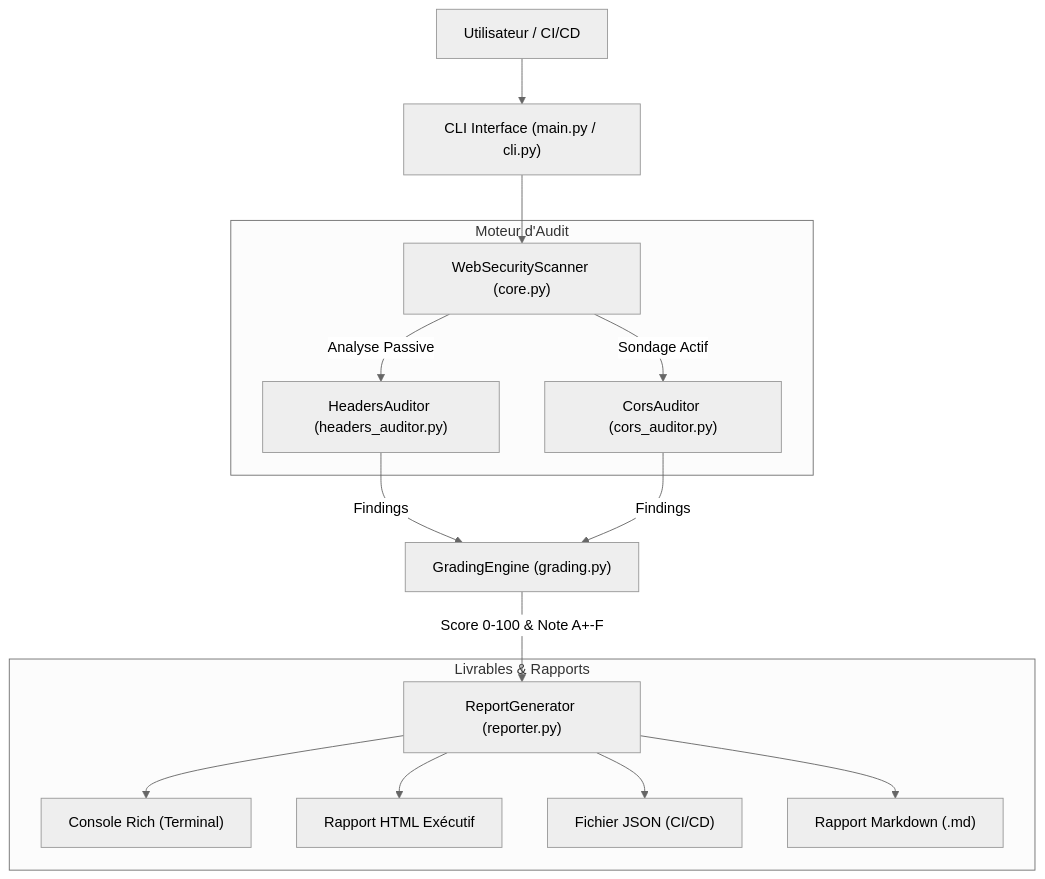
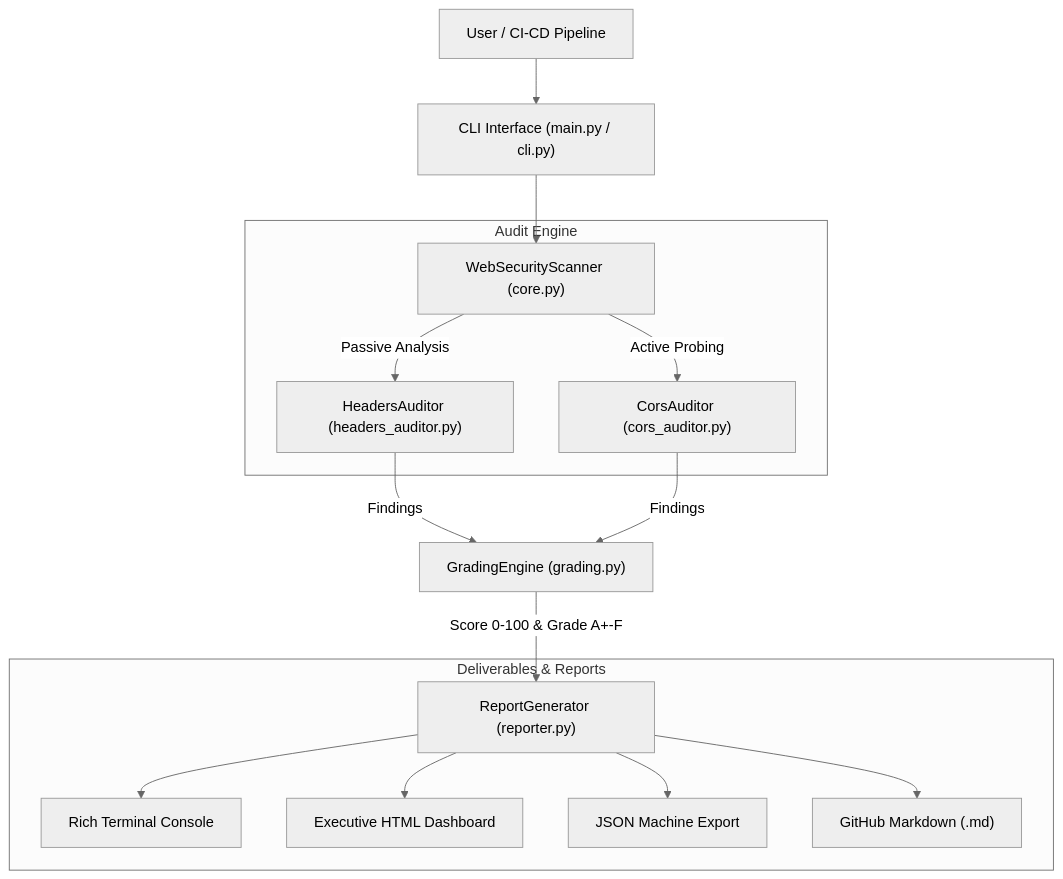
Before and after one commit to konebienvenu/Automated-Web-Scanner: the diagram in README.md, drawn with Mermaid (neutral theme). The commit also changed other lines of this file and 1 other file, not shown here.

````diff
--- a/README.md
+++ b/README.md
@@ -64,22 +64,22 @@
 ```mermaid
 flowchart TD
-    User["Utilisateur / CI/CD"] --> CLI["CLI Interface (main.py / cli.py)"]
+    User["User / CI-CD Pipeline"] --> CLI["CLI Interface (main.py / cli.py)"]
     CLI --> Core["WebSecurityScanner (core.py)"]
     
-    subgraph AuditEngine ["Moteur d'Audit"]
-        Core -->|Analyse Passive| HeadersAuditor["HeadersAuditor (headers_auditor.py)"]
-        Core -->|Sondage Actif| CorsAuditor["CorsAuditor (cors_auditor.py)"]
+    subgraph AuditEngine ["Audit Engine"]
+        Core -->|Passive Analysis| HeadersAuditor["HeadersAuditor (headers_auditor.py)"]
+        Core -->|Active Probing| CorsAuditor["CorsAuditor (cors_auditor.py)"]
     end
     
     HeadersAuditor -->|Findings| Grading["GradingEngine (grading.py)"]
     CorsAuditor -->|Findings| Grading
     
-    Grading -->|Score 0-100 & Note A+-F| Reporter["ReportGenerator (reporter.py)"]
+    Grading -->|Score 0-100 & Grade A+-F| Reporter["ReportGenerator (reporter.py)"]
     
-    subgraph Outputs ["Livrables & Rapports"]
-        Reporter --> ConsoleView["Console Rich (Terminal)"]
-        Reporter --> HTMLDashboard["Rapport HTML Exécutif"]
-        Reporter --> JSONOutput["Fichier JSON (CI/CD)"]
-        Reporter --> MarkdownOutput["Rapport Markdown (.md)"]
+    subgraph Outputs ["Deliverables & Reports"]
+        Reporter --> ConsoleView["Rich Terminal Console"]
+        Reporter --> HTMLDashboard["Executive HTML Dashboard"]
+        Reporter --> JSONOutput["JSON Machine Export"]
+        Reporter --> MarkdownOutput["GitHub Markdown (.md)"]
     end
 ```
````
